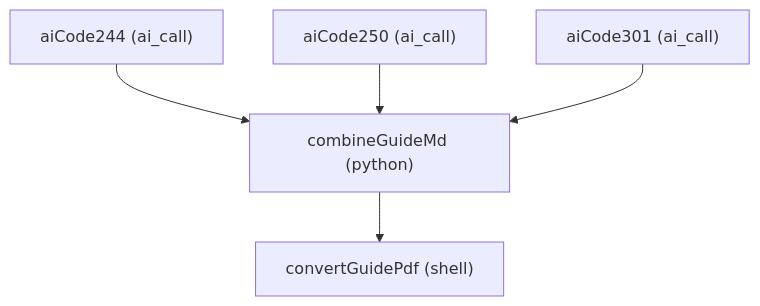
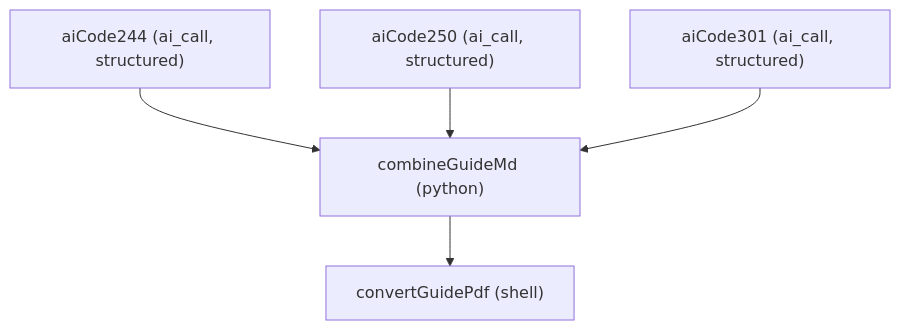
One commit to beaumanvienna/JarvisAgent changed the first of 2 diagrams in example/workflows/vehicleTroubleshootingGuide.md. Above: the diagram before and after it, drawn with Mermaid. The commit also changed other lines of this file and 48 other files, not shown here.

````diff
--- a/example/workflows/vehicleTroubleshootingGuide.md
+++ b/example/workflows/vehicleTroubleshootingGuide.md
@@ -20,12 +29,12 @@
 ```mermaid
 flowchart TD
-    aiCode244["aiCode244 (ai_call)"]
-    aiCode250["aiCode250 (ai_call)"]
-    aiCode301["aiCode301 (ai_call)"]
+    aiCode244["aiCode244 (ai_call, structured)"]
+    aiCode250["aiCode250 (ai_call, structured)"]
+    aiCode301["aiCode301 (ai_call, structured)"]
     combineGuideMd["combineGuideMd (python)"]
     convertGuidePdf["convertGuidePdf (shell)"]
     aiCode244 --> combineGuideMd
     aiCode250 --> combineGuideMd
     aiCode301 --> combineGuideMd
     combineGuideMd --> convertGuidePdf
 ```
````
